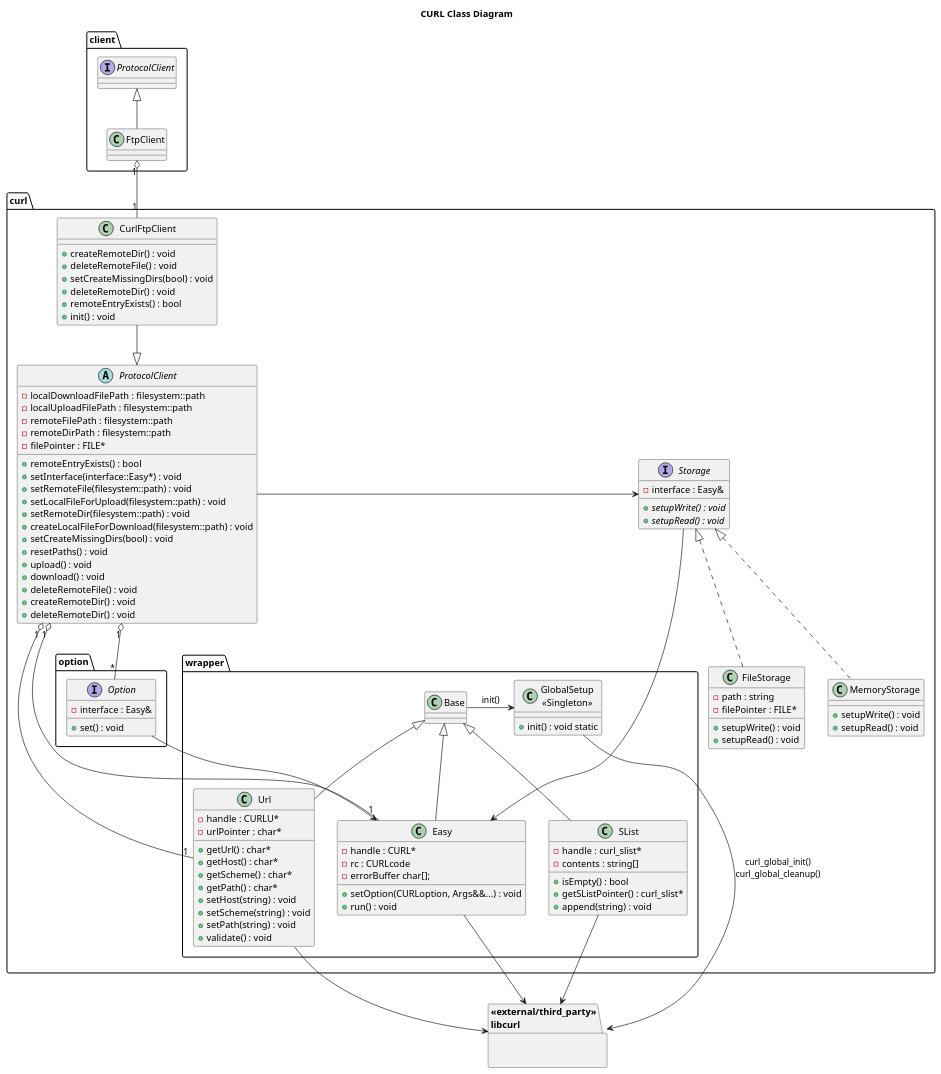
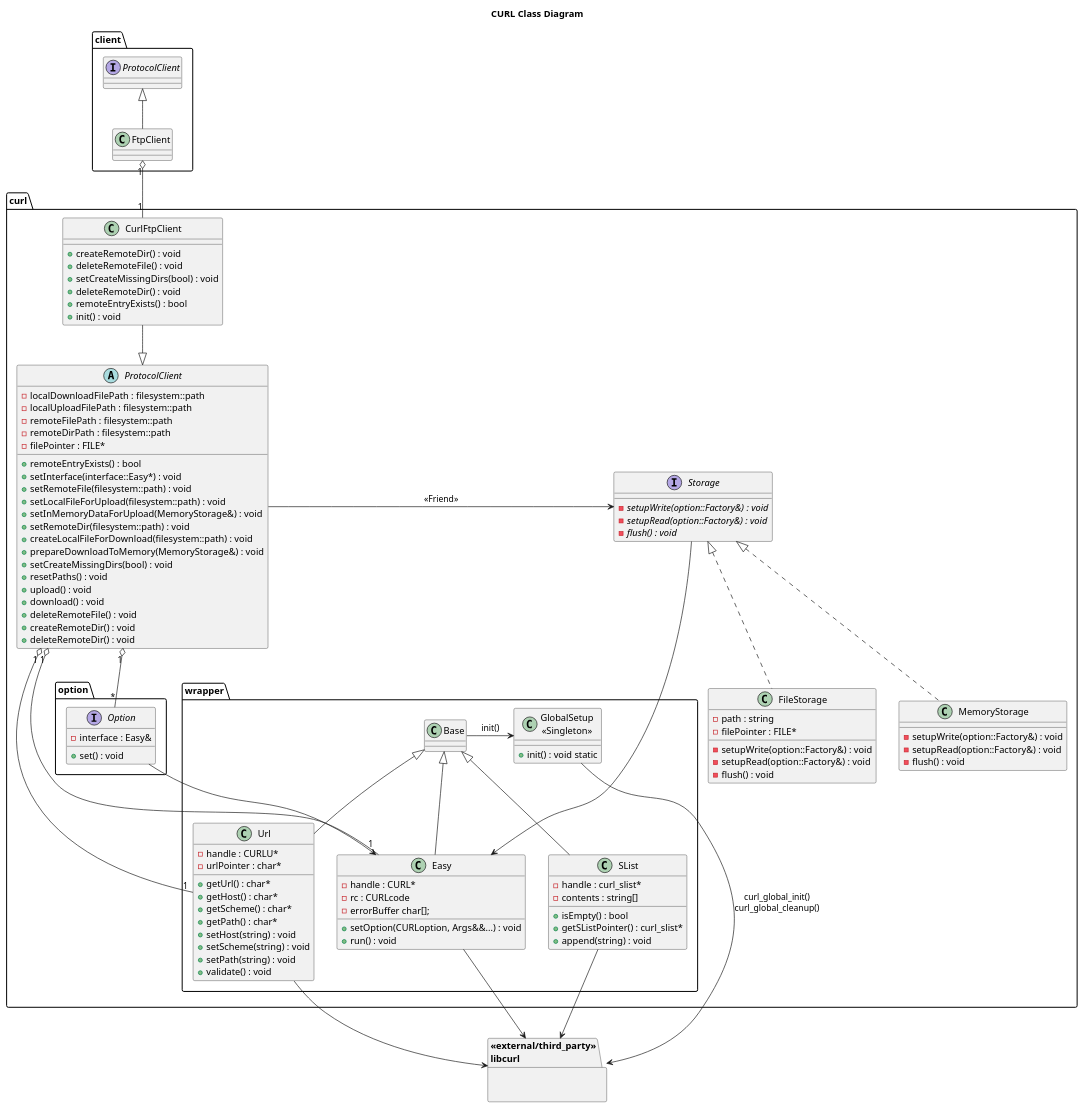
Before and after one commit to kfpgk/libfilesync: the diagram in libfilesync/curl/doc/class.puml, drawn with PlantUML. The commit also changed 23 other files, not shown here.

Commit message:
Implement FileStorage for curl

```diff
--- a/libfilesync/curl/doc/class.puml
+++ b/libfilesync/curl/doc/class.puml
@@ -1,128 +1,132 @@
 @startuml curl-class-diagram
 
 title CURL Class Diagram
 
 package client {
 
     interface ProtocolClient
     class FtpClient
 
 }
 
 package curl {
     abstract class "ProtocolClient" as CurlProtocolClient {
         - localDownloadFilePath : filesystem::path
         - localUploadFilePath : filesystem::path 
         - remoteFilePath : filesystem::path 
         - remoteDirPath : filesystem::path
         - filePointer : FILE*
         + remoteEntryExists() : bool
         + setInterface(interface::Easy*) : void
         + setRemoteFile(filesystem::path) : void
         + setLocalFileForUpload(filesystem::path) : void
+        + setInMemoryDataForUpload(MemoryStorage&) : void
         + setRemoteDir(filesystem::path) : void
         + createLocalFileForDownload(filesystem::path) : void
+        + prepareDownloadToMemory(MemoryStorage&) : void
         + setCreateMissingDirs(bool) : void
         + resetPaths() : void
         + upload() : void
         + download() : void
         + deleteRemoteFile() : void
         + createRemoteDir() : void
         + deleteRemoteDir() : void       
     }
     class "CurlFtpClient" as CurlFtpClient {
         + createRemoteDir() : void
         + deleteRemoteFile() : void
         + setCreateMissingDirs(bool) : void
         + deleteRemoteDir() : void
         + remoteEntryExists() : bool
         + init() : void
     }
     interface Storage {
-        - interface : Easy&
-        + {abstract} setupWrite() : void
-        + {abstract} setupRead() : void
+        - {abstract} setupWrite(option::Factory&) : void
+        - {abstract} setupRead(option::Factory&) : void
+        - {abstract} flush() : void
     }
     class "FileStorage" as FileStorage {
         - path : string
         - filePointer : FILE*
-        + setupWrite() : void
-        + setupRead() : void
+        - setupWrite(option::Factory&) : void
+        - setupRead(option::Factory&) : void
+        - flush() : void
     }
     class "MemoryStorage" as MemoryStorage {
-        + setupWrite() : void
-        + setupRead() : void
+        - setupWrite(option::Factory&) : void
+        - setupRead(option::Factory&) : void
+        - flush() : void
     }
     package wrapper {
         class "Url" as CurlUrl {
             - handle : CURLU*
             - urlPointer : char*
             + getUrl() : char*
             + getHost() : char*
             + getScheme() : char*
             + getPath() : char*
             + setHost(string) : void
             + setScheme(string) : void
             + setPath(string) : void
             + validate() : void
         }
         class "SList" as CurlSList {
             - handle : curl_slist*
             - contents : string[]
             + isEmpty() : bool
             + getSListPointer() : curl_slist*
             + append(string) : void
         }
         class "Easy" as CurlEasy {
             - handle : CURL*
             - rc : CURLcode
             - errorBuffer char[];
             + setOption(CURLoption, Args&&...) : void
             + run() : void
         }
         class "GlobalSetup\n<<Singleton>>" as CurlGlobalSetup {
             + init() : void static
         }
         class "Base" as CurlBase
     }
 
     package option {
         interface "Option" as CurlOption {
             - interface : Easy&
             + set() : void
         }
     }
 
 }
 
 
 package "<<external/third_party>>\nlibcurl" as libcurl {
 
 }
 
 CurlBase <|-- CurlEasy  
 CurlBase <|-- CurlUrl
 CurlBase <|-- CurlSList
 CurlBase -> CurlGlobalSetup : init()
 
 ProtocolClient <|-- FtpClient
 
 FtpClient "1" o-- "1" CurlFtpClient
 CurlFtpClient --|> CurlProtocolClient
 CurlProtocolClient "1" o-- "1" CurlUrl
-CurlProtocolClient -> Storage
+CurlProtocolClient -> Storage : <<Friend>>
 Storage <|.. MemoryStorage
 Storage <|.. FileStorage
 
 Storage -> CurlEasy
 CurlOption --> CurlEasy
 CurlProtocolClient "1" o-- "*" CurlOption
 
 CurlProtocolClient "1" o-- "1" CurlEasy
 
 CurlUrl --> libcurl
 CurlSList --> libcurl
 CurlEasy --> libcurl
 CurlGlobalSetup --> libcurl : curl_global_init()\ncurl_global_cleanup()
 
 @enduml
```
